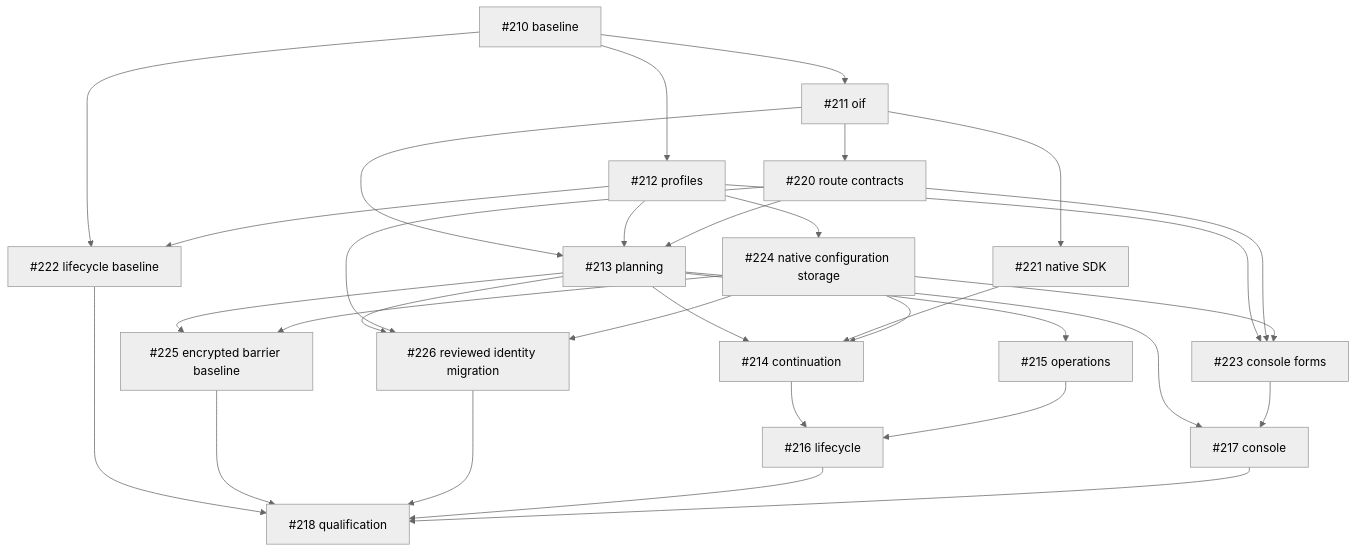
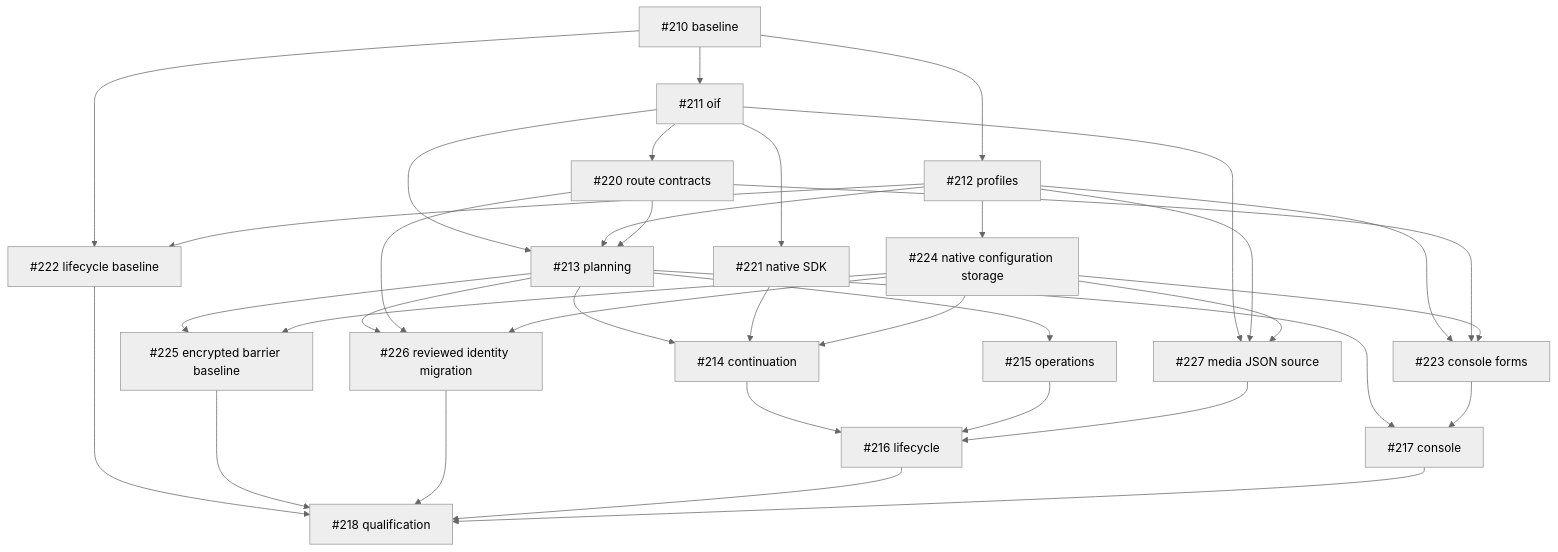
Before and after one commit to tyk-swe/olp: the diagram in docs/implementation/oif.md, drawn with Mermaid (neutral theme). The commit also changed other lines of this file, not shown here.

Commit message:
Track native media source preservation prerequisite

````diff
--- a/docs/implementation/oif.md
+++ b/docs/implementation/oif.md
@@ -7,50 +7,55 @@
 ```mermaid
 graph TD
   baseline["#210 baseline"]
   oif["#211 oif"]
   baseline --> oif
   profiles["#212 profiles"]
   baseline --> profiles
   native_config_storage["#224 native configuration storage"]
   profiles --> native_config_storage
   planning["#213 planning"]
   oif --> planning
   profiles --> planning
   route_contracts["#220 route contracts"]
   oif --> route_contracts
   route_contracts --> planning
   continuation["#214 continuation"]
   planning --> continuation
   native_sdk["#221 native SDK"]
   oif --> native_sdk
   native_sdk --> continuation
   native_config_storage --> continuation
   operations["#215 operations"]
   planning --> operations
   lifecycle["#216 lifecycle"]
   continuation --> lifecycle
   operations --> lifecycle
+  media_source_foundation["#227 media JSON source"]
+  oif --> media_source_foundation
+  profiles --> media_source_foundation
+  native_config_storage --> media_source_foundation
+  media_source_foundation --> lifecycle
   console["#217 console"]
   planning --> console
   console_forms["#223 console forms"]
   profiles --> console_forms
   route_contracts --> console_forms
   native_config_storage --> console_forms
   console_forms --> console
   qualification["#218 qualification"]
   lifecycle_baseline["#222 lifecycle baseline"]
   baseline --> lifecycle_baseline
   profiles --> lifecycle_baseline
   lifecycle_baseline --> qualification
   barrier_baseline["#225 encrypted barrier baseline"]
   planning --> barrier_baseline
   native_config_storage --> barrier_baseline
   barrier_baseline --> qualification
   migration_foundation["#226 reviewed identity migration"]
   planning --> migration_foundation
   route_contracts --> migration_foundation
   native_config_storage --> migration_foundation
   migration_foundation --> qualification
   lifecycle --> qualification
   console --> qualification
 ```
````
